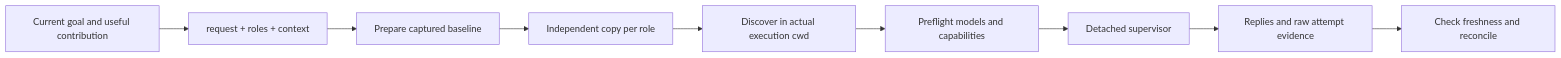
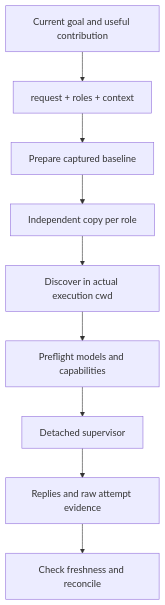
Before and after one commit to ehzawad/codex-council: the second of 4 diagrams in README.md, drawn with Mermaid. The commit also changed other lines of this file and 11 other files, not shown here.

````diff
--- a/README.md
+++ b/README.md
@@ -44,11 +97,11 @@
 ```mermaid
-flowchart LR
+flowchart TD
     Goal[Current goal and useful contribution] --> Inputs[request + roles + context]
     Inputs --> Capture[Prepare captured baseline]
     Capture --> Copies[Independent copy per role]
     Copies --> Discover[Discover in actual execution cwd]
     Discover --> Plan[Preflight models and capabilities]
     Plan --> Start[Detached supervisor]
     Start --> Evidence[Replies and raw attempt evidence]
     Evidence --> Reconcile[Check freshness and reconcile]
 ```
````
